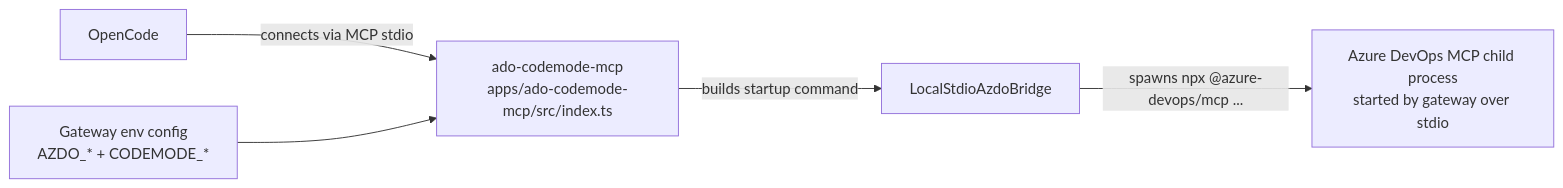
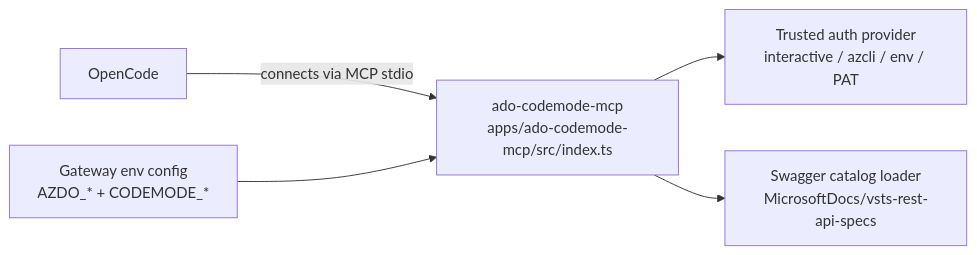
One commit to DrBushyTop/ado-codemode-mcp changed the first of 2 diagrams in docs/architecture.md. Above: the diagram before and after it, drawn with Mermaid. The commit also changed other lines of this file and 11 other files, not shown here.

````diff
--- a/docs/architecture.md
+++ b/docs/architecture.md
@@ -24,13 +23,13 @@
 ```mermaid
 flowchart LR
     OC[OpenCode]
     MCP[ado-codemode-mcp\napps/ado-codemode-mcp/src/index.ts]
     CFG[Gateway env config\nAZDO_* + CODEMODE_*]
-    BRIDGE[LocalStdioAzdoBridge]
-    ADO[Azure DevOps MCP child process\nstarted by gateway over stdio]
+    AUTH[Trusted auth provider\ninteractive / azcli / env / PAT]
+    SPEC[Swagger catalog loader\nMicrosoftDocs/vsts-rest-api-specs]
 
     OC -->|connects via MCP stdio| MCP
     CFG --> MCP
-    MCP -->|builds startup command| BRIDGE
-    BRIDGE -->|spawns npx @azure-devops/mcp ...| ADO
+    MCP --> AUTH
+    MCP --> SPEC
 ```
````
